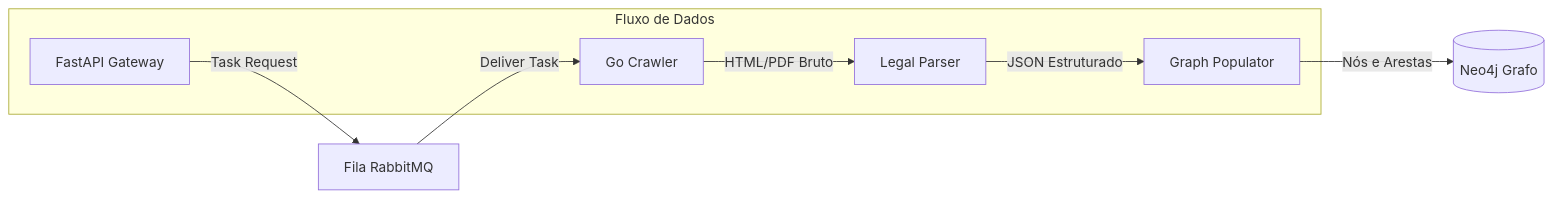
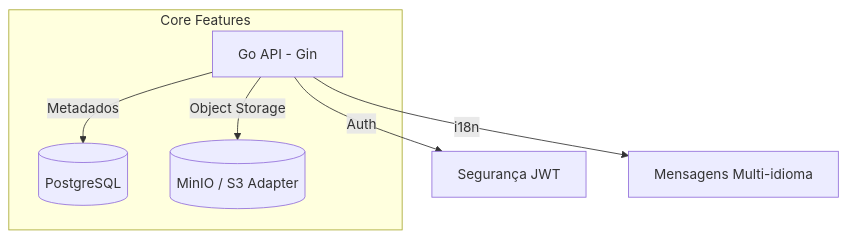
One commit to EduardoMG12/ThingIndex changed the second of 2 diagrams in README.md. Above: the diagram before and after it, drawn with Mermaid. The commit also changed other lines of this file, not shown here.

Commit message:
feat: Update README to reflect a new Go/Gin API architecture with decoupled object storage, JWT authentication, i18n, and document management, replacing the previous FastAPI/RabbitMQ-based system.

````diff
--- a/README.md
+++ b/README.md
@@ -75,15 +72,13 @@
 ```mermaid
-graph LR
-    API[FastAPI Gateway] -->|Task Request| Rabbit[Fila RabbitMQ]
-    Rabbit -->|Deliver Task| C[Go Crawler]
-    C -->|HTML/PDF Bruto| LP[Legal Parser]
-    LP -->|JSON Estruturado| GP[Graph Populator]
-    GP -->|Nós e Arestas| DB[(Neo4j Grafo)]
+graph TD
+    API[Go API - Gin] -->|Metadados| DB[(PostgreSQL)]
+    API -->|Object Storage| MINIO[(MinIO / S3 Adapter)]
+    API -->|Auth| JWT[Segurança JWT]
+    API -->|i18n| I18N[Mensagens Multi-idioma]
     
-    subgraph Fluxo de Dados
+    subgraph Core Features
     API
-    C
-    LP
-    GP
+    DB
+    MINIO
     end
 ```
````
